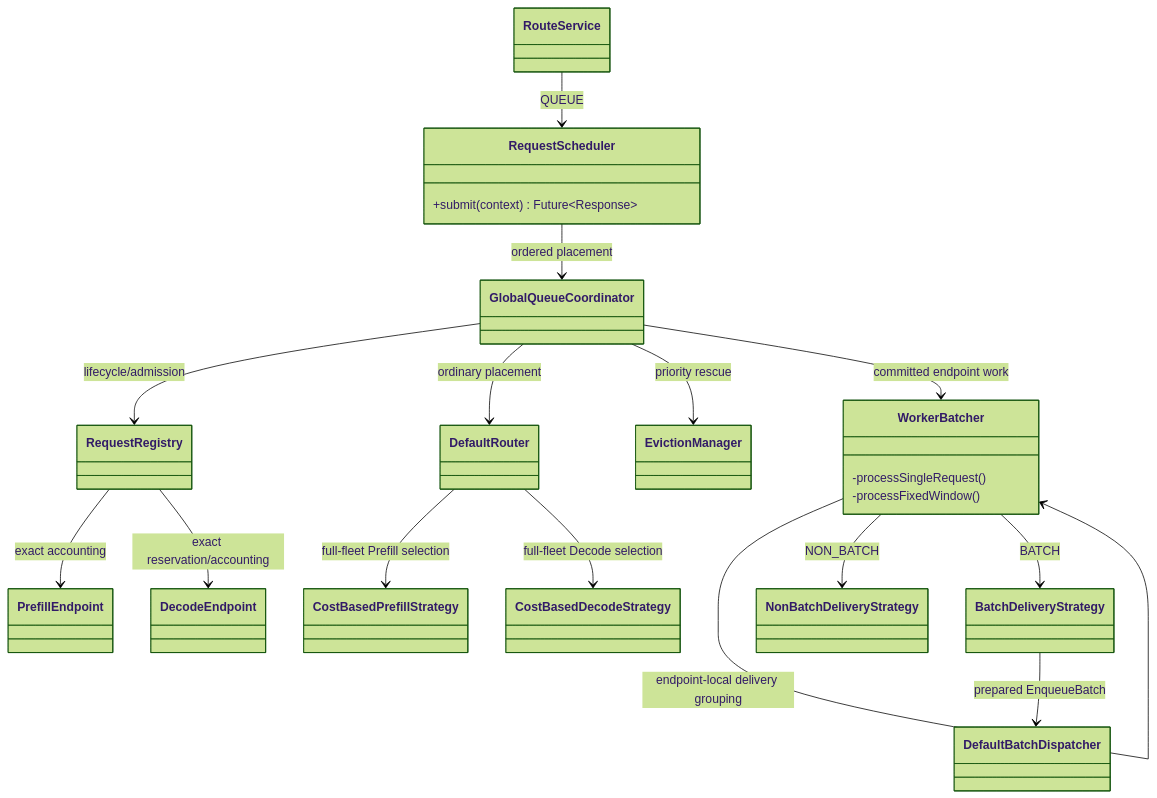
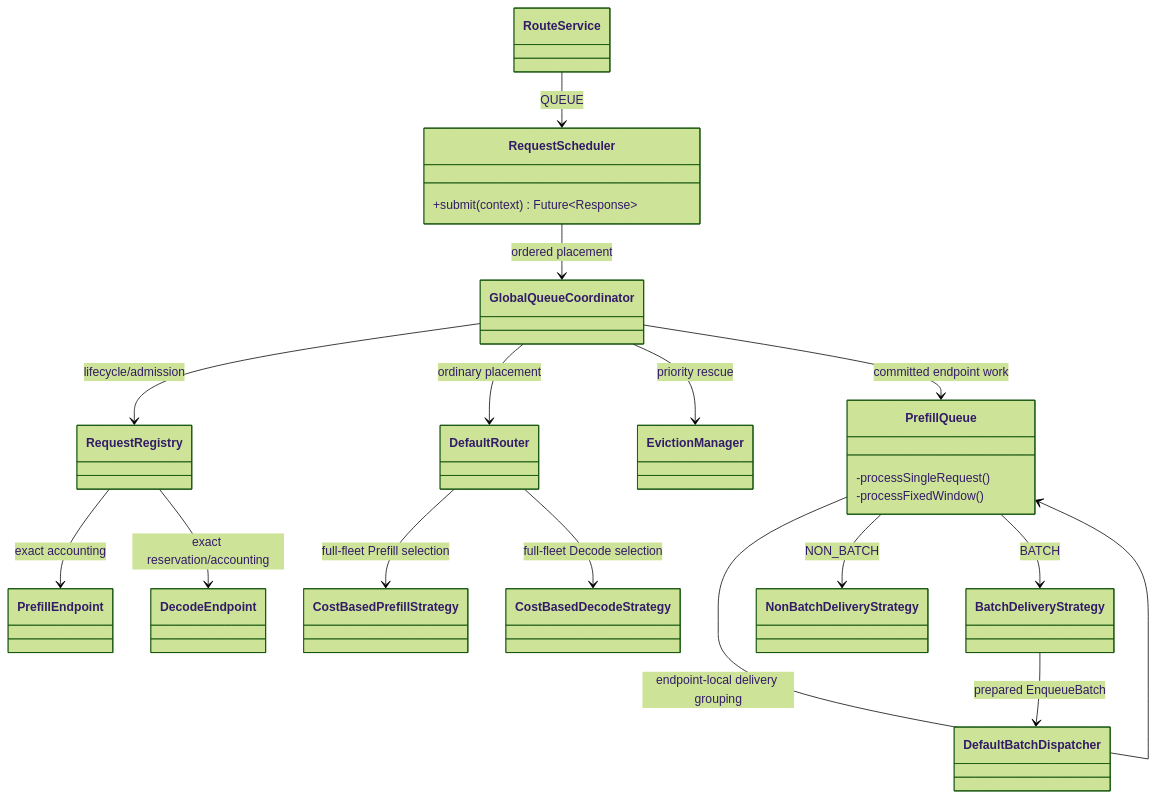
The first of 2 diagrams in rtp_llm/flexlb/docs/priority-scheduler-delivery-modes.md (alibaba/rtp-llm), drawn with Mermaid (forest theme) before and after one commit. The commit also changed other lines of this file and 29 other files, not shown here.

First line of the commit message:
refactor(flexlb): rename WorkerBatcher to PrefillQueue

````diff
--- a/rtp_llm/flexlb/docs/priority-scheduler-delivery-modes.md
+++ b/rtp_llm/flexlb/docs/priority-scheduler-delivery-modes.md
@@ -27,37 +27,37 @@
 ```mermaid
 classDiagram
     class RouteService
     class DefaultRouter
     class CostBasedPrefillStrategy
     class CostBasedDecodeStrategy
     class RequestScheduler {
         +submit(context) Future~Response~
     }
     class GlobalQueueCoordinator
     class RequestRegistry
     class EvictionManager
-    class WorkerBatcher {
+    class PrefillQueue {
         -processSingleRequest()
         -processFixedWindow()
     }
     class NonBatchDeliveryStrategy
     class BatchDeliveryStrategy
     class DefaultBatchDispatcher
     class PrefillEndpoint
     class DecodeEndpoint
 
     RouteService --> RequestScheduler : QUEUE
     DefaultRouter --> CostBasedPrefillStrategy : full-fleet Prefill selection
     DefaultRouter --> CostBasedDecodeStrategy : full-fleet Decode selection
     RequestScheduler --> GlobalQueueCoordinator : ordered placement
     GlobalQueueCoordinator --> RequestRegistry : lifecycle/admission
     GlobalQueueCoordinator --> DefaultRouter : ordinary placement
     GlobalQueueCoordinator --> EvictionManager : priority rescue
-    GlobalQueueCoordinator --> WorkerBatcher : committed endpoint work
-    WorkerBatcher --> WorkerBatcher : endpoint-local delivery grouping
-    WorkerBatcher --> NonBatchDeliveryStrategy : NON_BATCH
-    WorkerBatcher --> BatchDeliveryStrategy : BATCH
+    GlobalQueueCoordinator --> PrefillQueue : committed endpoint work
+    PrefillQueue --> PrefillQueue : endpoint-local delivery grouping
+    PrefillQueue --> NonBatchDeliveryStrategy : NON_BATCH
+    PrefillQueue --> BatchDeliveryStrategy : BATCH
     BatchDeliveryStrategy --> DefaultBatchDispatcher : prepared EnqueueBatch
     RequestRegistry --> PrefillEndpoint : exact accounting
     RequestRegistry --> DecodeEndpoint : exact reservation/accounting
 ```
````
